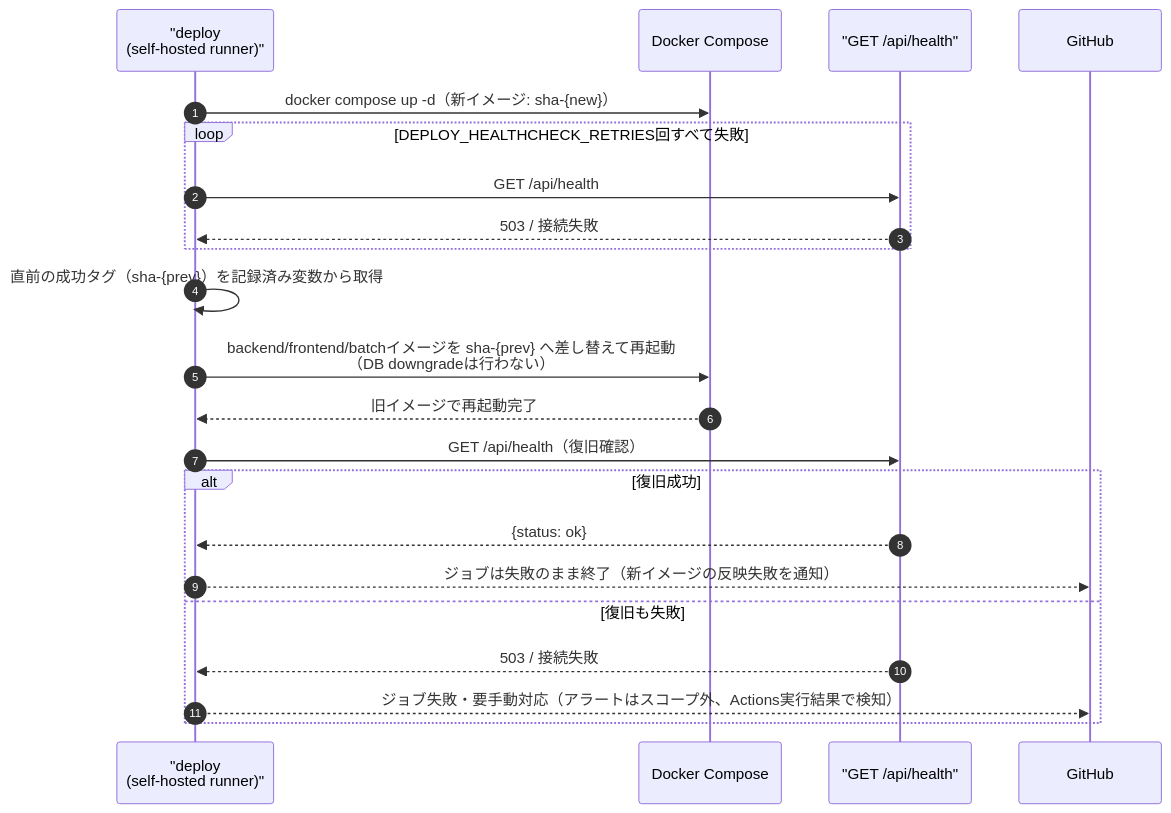
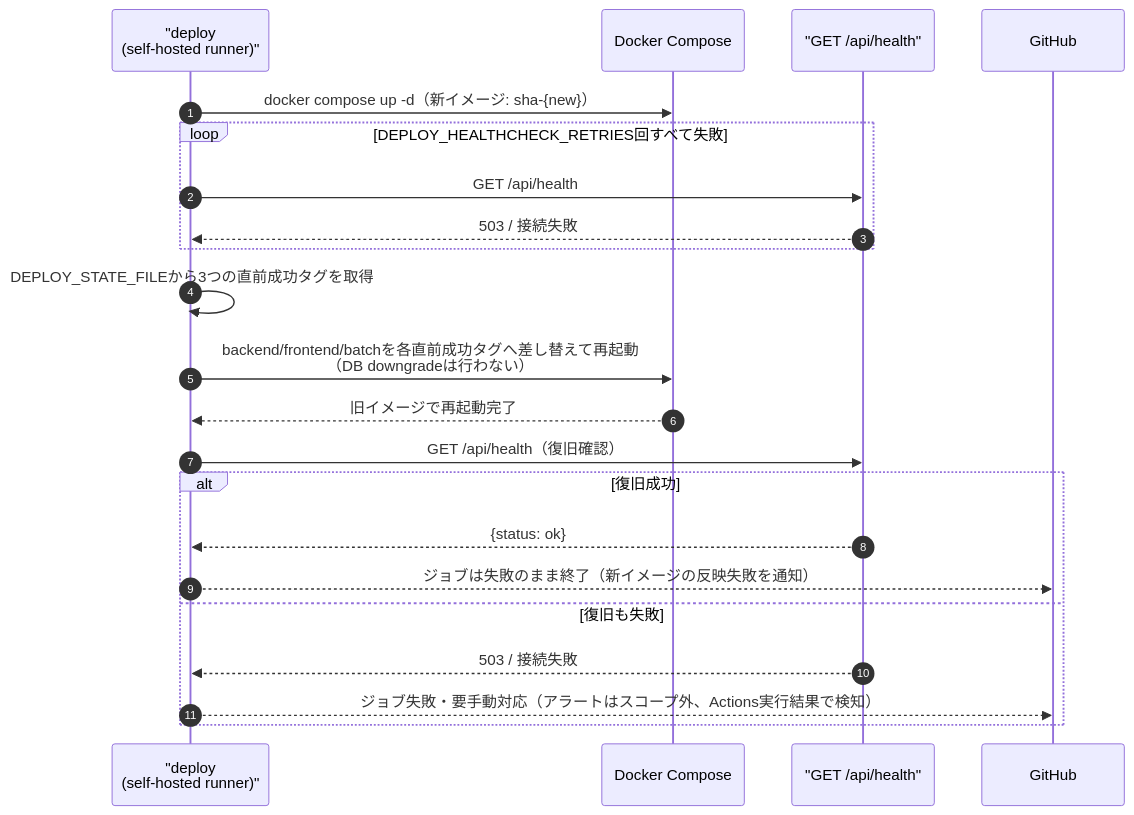
The second of 5 diagrams in detailed_design/infra/06_cd_workflow.md (oikawa-d/task_management), drawn with Mermaid before and after one commit. The commit also changed other lines of this file and 14 other files, not shown here.

````diff
--- a/detailed_design/infra/06_cd_workflow.md
+++ b/detailed_design/infra/06_cd_workflow.md
@@ -94,25 +106,25 @@
 ```mermaid
 sequenceDiagram
     autonumber
     participant SELF as "deploy<br/>(self-hosted runner)"
     participant DC as Docker Compose
     participant HC as "GET /api/health"
     participant GH as GitHub
 
     SELF->>DC: docker compose up -d（新イメージ: sha-{new}）
     loop DEPLOY_HEALTHCHECK_RETRIES回すべて失敗
         SELF->>HC: GET /api/health
         HC-->>SELF: 503 / 接続失敗
     end
-    SELF->>SELF: 直前の成功タグ（sha-{prev}）を記録済み変数から取得
-    SELF->>DC: backend/frontend/batchイメージを sha-{prev} へ差し替えて再起動<br/>（DB downgradeは行わない）
+    SELF->>SELF: DEPLOY_STATE_FILEから3つの直前成功タグを取得
+    SELF->>DC: backend/frontend/batchを各直前成功タグへ差し替えて再起動<br/>（DB downgradeは行わない）
     DC-->>SELF: 旧イメージで再起動完了
     SELF->>HC: GET /api/health（復旧確認）
     alt 復旧成功
         HC-->>SELF: {status: ok}
         SELF-->>GH: ジョブは失敗のまま終了（新イメージの反映失敗を通知）
     else 復旧も失敗
         HC-->>SELF: 503 / 接続失敗
         SELF-->>GH: ジョブ失敗・要手動対応（アラートはスコープ外、Actions実行結果で検知）
     end
 ```
````
